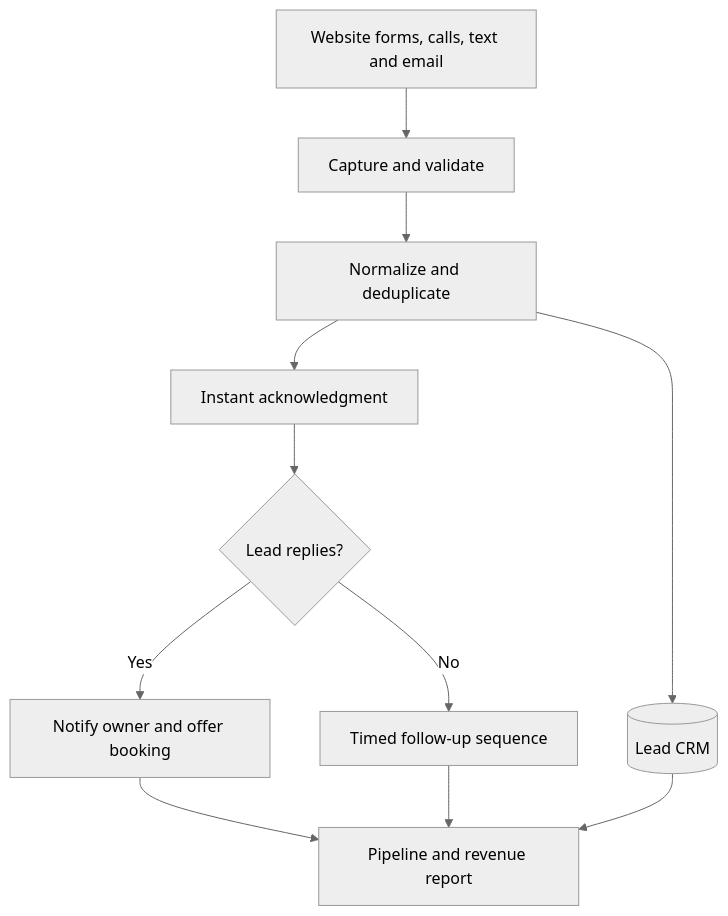
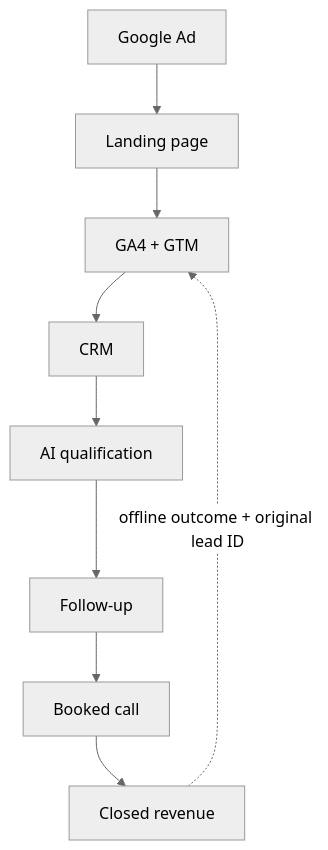
One commit to MICHEALSHOE2000/missed-lead-recovery-case-study changed the diagram in README.md. Above: the diagram before and after it, drawn with Mermaid (neutral theme). The commit also changed other lines of this file and 16 other files, not shown here.

````diff
--- a/README.md
+++ b/README.md
@@ -49,13 +33,11 @@
 ```mermaid
 flowchart TD
-    A[Website forms, calls, text and email] --> B[Capture and validate]
-    B --> C[Normalize and deduplicate]
-    C --> D[(Lead CRM)]
-    C --> E[Instant acknowledgment]
-    E --> F{Lead replies?}
-    F -- Yes --> G[Notify owner and offer booking]
-    F -- No --> H[Timed follow-up sequence]
-    G --> I[Pipeline and revenue report]
-    H --> I
-    D --> I
+    A["Google Ad"] --> B["Landing page"]
+    B --> C["GA4 + GTM"]
+    C --> D["CRM"]
+    D --> E["AI qualification"]
+    E --> F["Follow-up"]
+    F --> G["Booked call"]
+    G --> H["Closed revenue"]
+    H -. "offline outcome + original lead ID" .-> C
 ```
````
